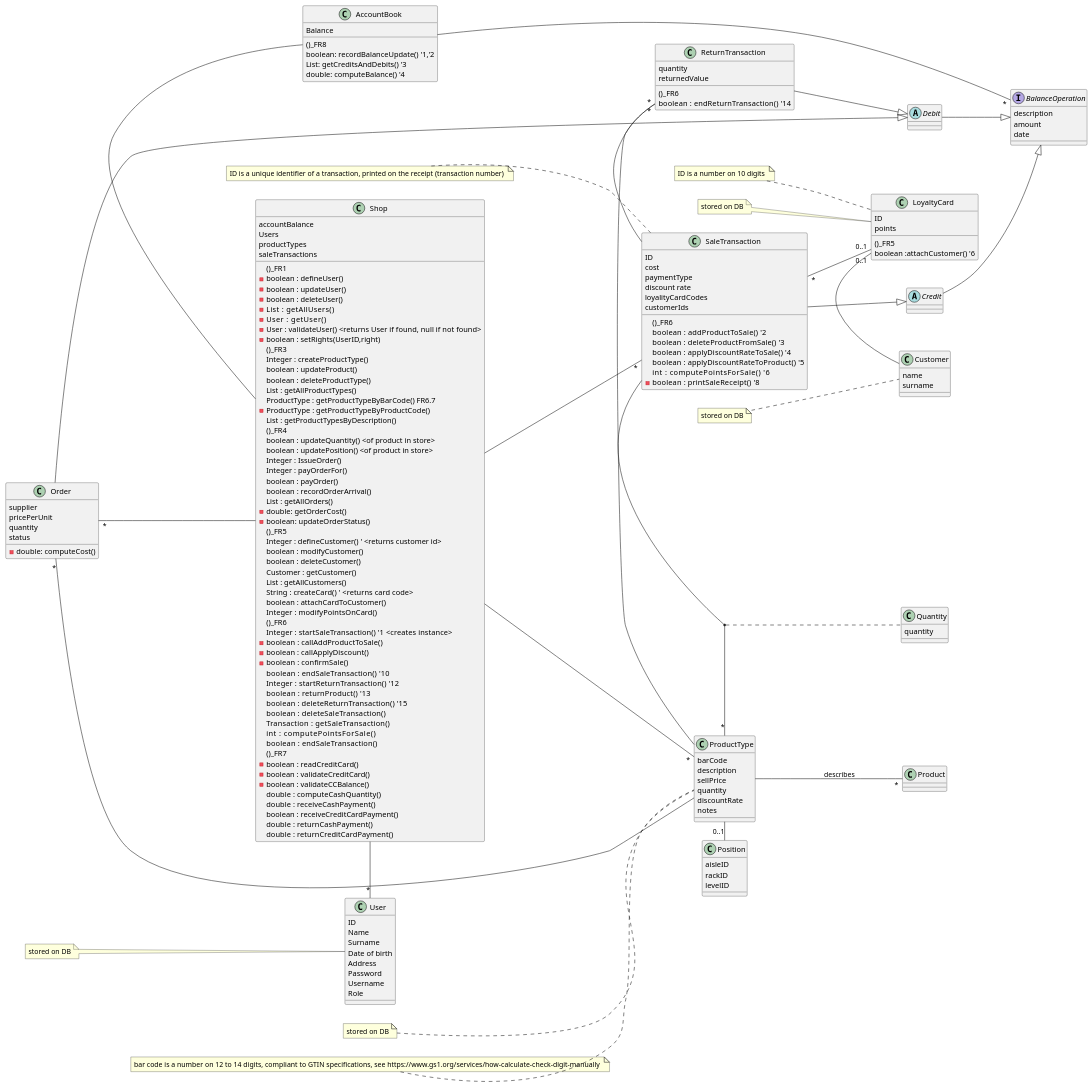
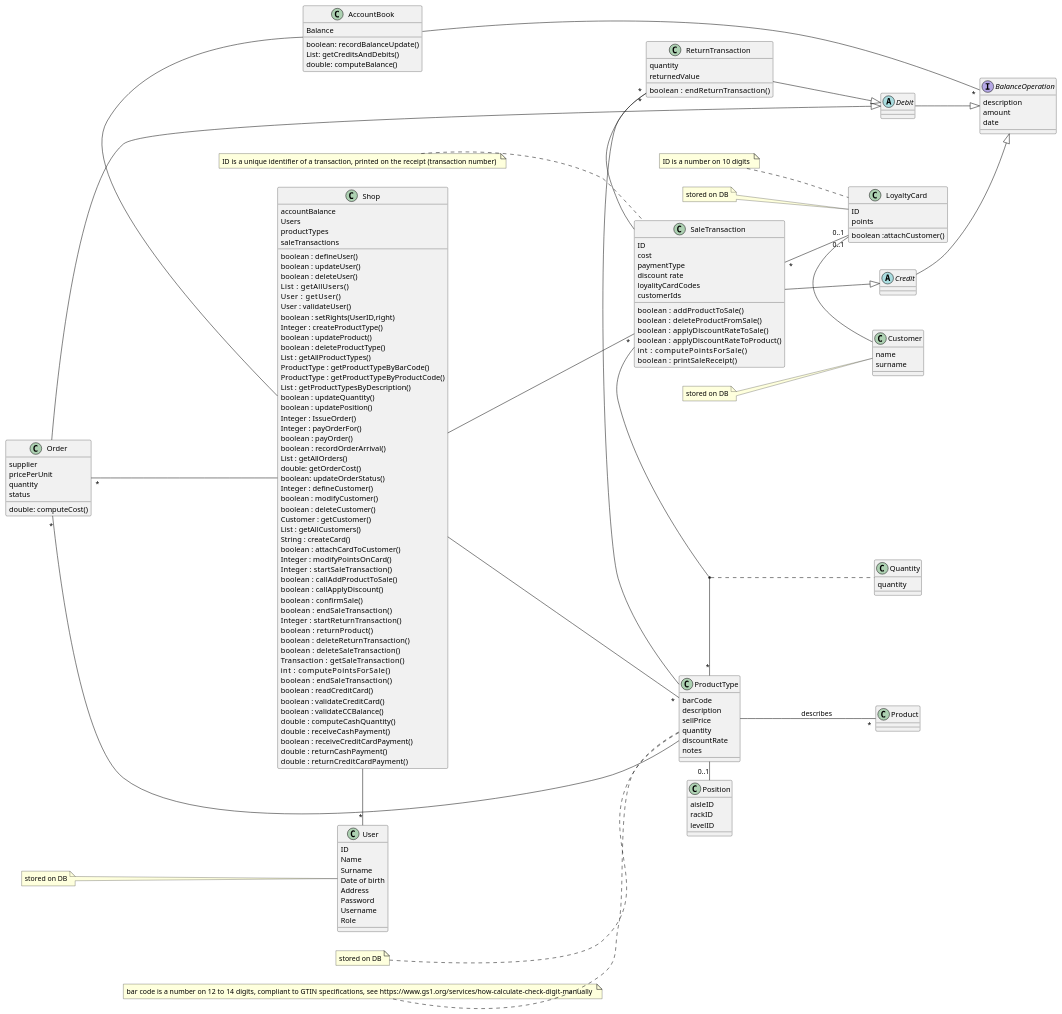
The second of 32 diagrams in Deliverables/DesignDocument.md (zitabou/EZShop), drawn with PlantUML before and after one commit.

Commit message:
Remove comments from classes

```diff
--- a/Deliverables/DesignDocument.md
+++ b/Deliverables/DesignDocument.md
@@ -51,58 +51,52 @@
     Users
     productTypes
     saleTransactions
-    ()_FR1
-    -boolean : defineUser()
-    -boolean : updateUser()
-    -boolean : deleteUser()
-    -List    : getAllUsers()
-    -User    : getUser()
-    -User : validateUser()  <returns User if found, null if not found>
-    -boolean : setRights(UserID,right)
-    ()_FR3
+    boolean : defineUser()
+    boolean : updateUser()
+    boolean : deleteUser()
+    List    : getAllUsers()
+    User    : getUser()
+    User : validateUser()
+    boolean : setRights(UserID,right)
     Integer : createProductType()
     boolean : updateProduct()
     boolean : deleteProductType()
     List : getAllProductTypes()
-    ProductType : getProductTypeByBarCode() FR6.7
-    -ProductType : getProductTypeByProductCode()
+    ProductType : getProductTypeByBarCode()
+    ProductType : getProductTypeByProductCode()
     List : getProductTypesByDescription()
-    ()_FR4
-    boolean : updateQuantity() <of product in store>
-    boolean : updatePosition() <of product in store>
+    boolean : updateQuantity()
+    boolean : updatePosition()
     Integer : IssueOrder()
     Integer : payOrderFor()
     boolean : payOrder()
     boolean : recordOrderArrival()
     List : getAllOrders()
-    -double: getOrderCost()
-    -boolean: updateOrderStatus()
-    ()_FR5
-    Integer : defineCustomer() ' <returns customer id>
+    double: getOrderCost()
+    boolean: updateOrderStatus()
+    Integer : defineCustomer()
     boolean : modifyCustomer()
     boolean : deleteCustomer()
     Customer : getCustomer()
     List : getAllCustomers()
-    String : createCard()  ' <returns card code>
+    String : createCard()
     boolean : attachCardToCustomer()
     Integer  : modifyPointsOnCard()
-    ()_FR6
-    Integer   : startSaleTransaction() '1 <creates instance>
-    -boolean  : callAddProductToSale()
-    -boolean  : callApplyDiscount()
-    -boolean  : confirmSale()
-    boolean   : endSaleTransaction() '10
-    Integer   : startReturnTransaction() '12
-    boolean   : returnProduct() '13
-    boolean   : deleteReturnTransaction() '15
+    Integer   : startSaleTransaction()
+    boolean  : callAddProductToSale()
+    boolean  : callApplyDiscount()
+    boolean  : confirmSale()
+    boolean   : endSaleTransaction()
+    Integer   : startReturnTransaction()
+    boolean   : returnProduct()
+    boolean   : deleteReturnTransaction()
     boolean   : deleteSaleTransaction()
     Transaction    : getSaleTransaction()
     int       : computePointsForSale()
     boolean   : endSaleTransaction()
-    ()_FR7
-    -boolean : readCreditCard()
-    -boolean : validateCreditCard()
-    -boolean : validateCCBalance()
+    boolean : readCreditCard()
+    boolean : validateCreditCard()
+    boolean : validateCCBalance()
     double  : computeCashQuantity()
     double  : receiveCashPayment()
     boolean : receiveCreditCardPayment()
@@ -126,10 +120,9 @@
 
 class AccountBook{
     Balance
-    ()_FR8
-    boolean: recordBalanceUpdate() '1,'2
-    List: getCreditsAndDebits() '3
-    double: computeBalance() '4
+    boolean: recordBalanceUpdate()
+    List: getCreditsAndDebits()
+    double: computeBalance()
 }
 AccountBook - Shop
 
@@ -169,13 +162,12 @@
     discount rate
     loyalityCardCodes
     customerIds
-    ()_FR6
-    boolean   : addProductToSale() '2
-    boolean   : deleteProductFromSale() '3
-    boolean   : applyDiscountRateToSale() '4
-    boolean   : applyDiscountRateToProduct() '5 
-    int       : computePointsForSale() '6
-    -boolean   : printSaleReceipt() '8
+    boolean   : addProductToSale()
+    boolean   : deleteProductFromSale()
+    boolean   : applyDiscountRateToSale()
+    boolean   : applyDiscountRateToProduct()
+    int       : computePointsForSale()
+    boolean   : printSaleReceipt()
     
 
 
@@ -195,8 +187,7 @@
 class LoyaltyCard {
     ID
     points
-    ()_FR5
-    boolean :attachCustomer() '6
+    boolean :attachCustomer()
 }
 
 class Customer {
@@ -227,7 +218,7 @@
   pricePerUnit
   quantity
   status
-  -double: computeCost()
+  double: computeCost()
 }
 Order "*" -- Shop
 Order "*" - ProductType
@@ -235,8 +226,7 @@
 class ReturnTransaction {
   quantity
   returnedValue
-  ()_FR6
-  boolean   : endReturnTransaction() '14
+  boolean   : endReturnTransaction()
 }
 
 ReturnTransaction "*" - SaleTransaction
```
